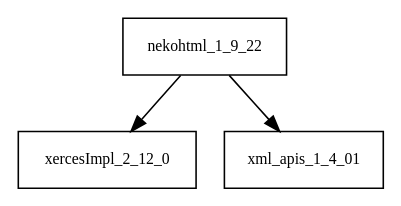
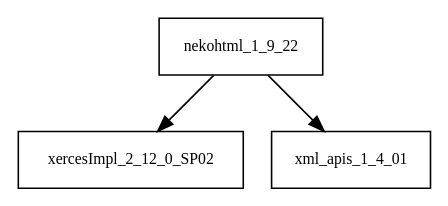
One commit to Hack23/cia changed the diagram in tattleTaleReport/graphviz/nekohtml-1.9.22.jar/nekohtml-1.9.22.jar.dot. Above: the diagram before and after it, drawn with Graphviz. The commit also changed 2920 other files, not shown here.

```diff
--- a/tattleTaleReport/graphviz/nekohtml-1.9.22.jar/nekohtml-1.9.22.jar.dot
+++ b/tattleTaleReport/graphviz/nekohtml-1.9.22.jar/nekohtml-1.9.22.jar.dot
@@ -1,5 +1,5 @@
 digraph nekohtml_1_9_22_dependencies {
   node [shape = box, fontsize=10.0];
-  nekohtml_1_9_22 -> xercesImpl_2_12_0;
+  nekohtml_1_9_22 -> xercesImpl_2_12_0_SP02;
   nekohtml_1_9_22 -> xml_apis_1_4_01;
 }
```
